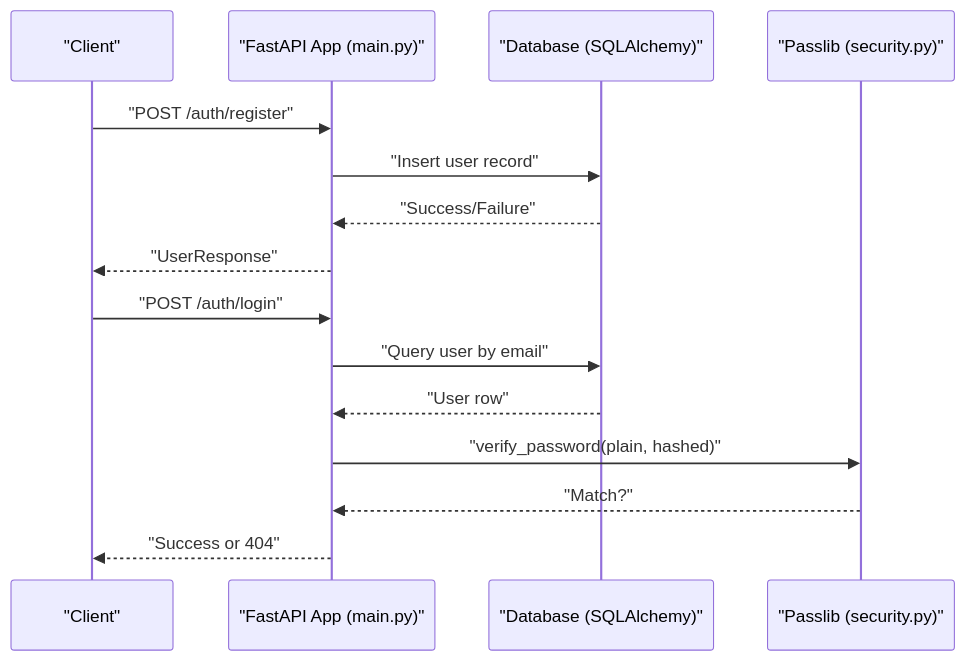
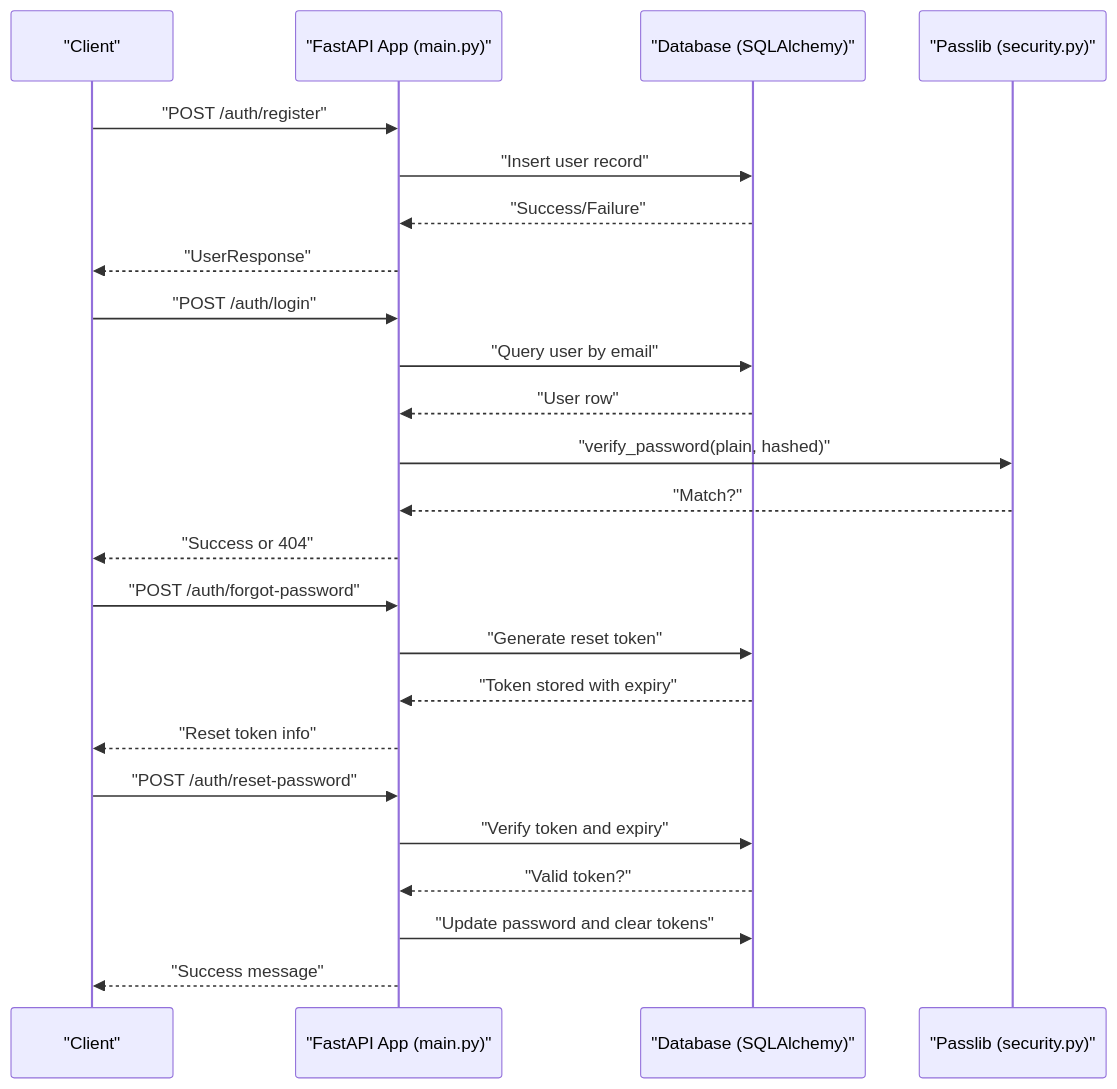
Before and after one commit to vinhle-HCMUT/MuseAmigo_API: the second of 4 diagrams in .qoder/repowiki/en/content/Security & Authentication.md, drawn with Mermaid. The commit also changed other lines of this file and 5 other files, not shown here.

````diff
--- a/.qoder/repowiki/en/content/Security & Authentication.md
+++ b/.qoder/repowiki/en/content/Security & Authentication.md
@@ -99,17 +116,26 @@
 ```mermaid
 sequenceDiagram
 participant Client as "Client"
 participant API as "FastAPI App (main.py)"
 participant DB as "Database (SQLAlchemy)"
 participant Sec as "Passlib (security.py)"
 Client->>API : "POST /auth/register"
 API->>DB : "Insert user record"
 DB-->>API : "Success/Failure"
 API-->>Client : "UserResponse"
 Client->>API : "POST /auth/login"
 API->>DB : "Query user by email"
 DB-->>API : "User row"
 API->>Sec : "verify_password(plain, hashed)"
 Sec-->>API : "Match?"
 API-->>Client : "Success or 404"
+Client->>API : "POST /auth/forgot-password"
+API->>DB : "Generate reset token"
+DB-->>API : "Token stored with expiry"
+API-->>Client : "Reset token info"
+Client->>API : "POST /auth/reset-password"
+API->>DB : "Verify token and expiry"
+DB-->>API : "Valid token?"
+API->>DB : "Update password and clear tokens"
+API-->>Client : "Success message"
 ```
````
